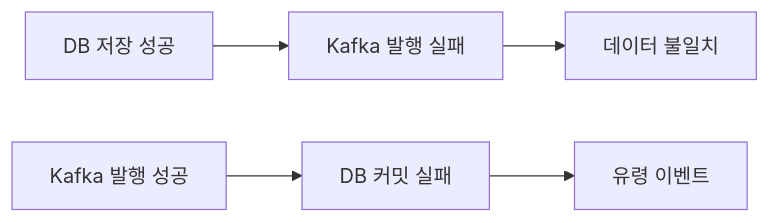
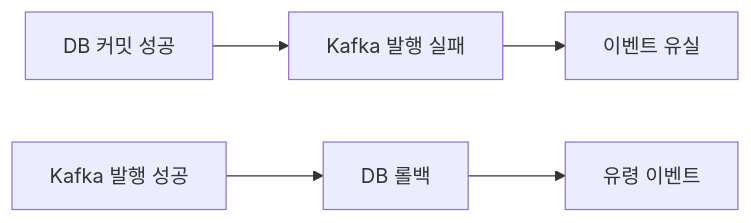
The first of 6 diagrams in _posts/kafka/2026-05-01-kafka-outbox-cdc.md (yjkim2015/yjkim2015.github.io), drawn with Mermaid before and after one commit. The commit also changed other lines of this file and 4 other files, not shown here.

````diff
--- a/_posts/kafka/2026-05-01-kafka-outbox-cdc.md
+++ b/_posts/kafka/2026-05-01-kafka-outbox-cdc.md
@@ -35,5 +49,7 @@
 ```mermaid
 graph LR
-    S1A["DB 저장 성공"] --> S1B["Kafka 발행 실패"] --> S1C["데이터 불일치"]
-    S2A["Kafka 발행 성공"] --> S2B["DB 커밋 실패"] --> S2C["유령 이벤트"]
+    A["DB 커밋 성공"] --> B["Kafka 발행 실패"]
+    B --> C["이벤트 유실"]
+    D["Kafka 발행 성공"] --> E["DB 롤백"]
+    E --> F["유령 이벤트"]
 ```
````
